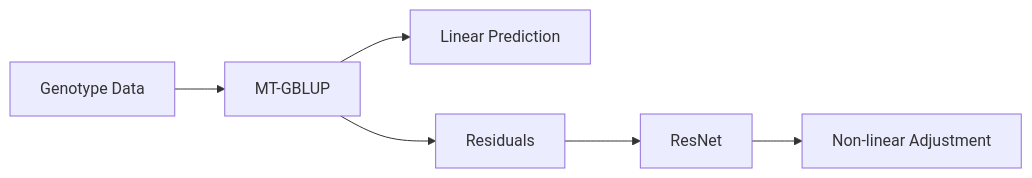
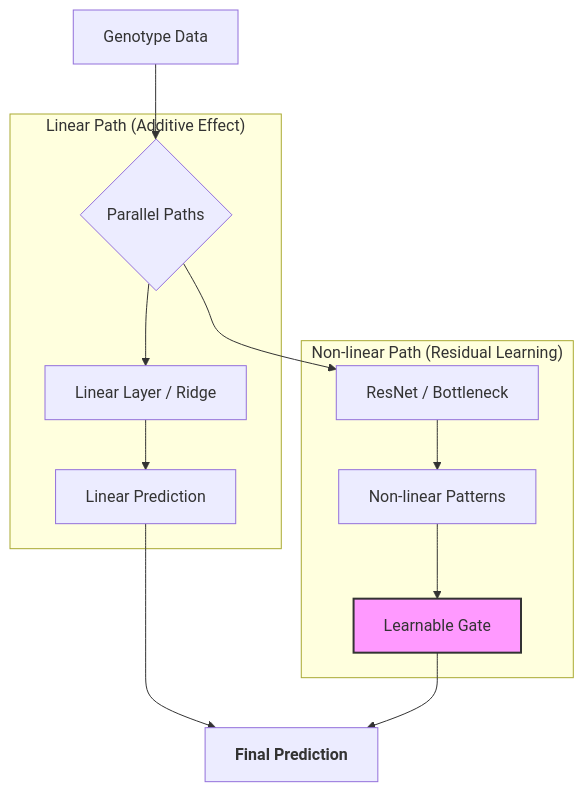
The diagram in README.md (hoso-jpn/genomic-prediction-resnet-hybrid), drawn with Mermaid before and after one commit. The commit also changed 162 other files, not shown here.

Commit message:
feat: Implement Gated-Parallel-ResNet for non-linear genomic prediction. Confirmed +0.07 improvement in Fold 10.

````diff
--- a/README.md
+++ b/README.md
@@ -6,8 +6,21 @@
 ```mermaid
-graph LR
-    A[Genotype Data] --> B[MT-GBLUP]
-    B --> C[Linear Prediction]
-    B --> D[Residuals]
-    D --> E[ResNet]
-    E --> F[Non-linear Adjustment]
+graph TD
+    A[Genotype Data] --> B{Parallel Paths}
+    
+    subgraph "Linear Path (Additive Effect)"
+        B --> C[Linear Layer / Ridge]
+        C --> D[Linear Prediction]
+    end
+    
+    subgraph "Non-linear Path (Residual Learning)"
+        B --> E[ResNet / Bottleneck]
+        E --> F[Non-linear Patterns]
+        F --> G[Learnable Gate]
+    end
+    
+    D --> H[Final Prediction]
+    G --> H
+    
+    style G fill:#f9f,stroke:#333,stroke-width:2px
+    style H font-weight:bold
 ```
````
